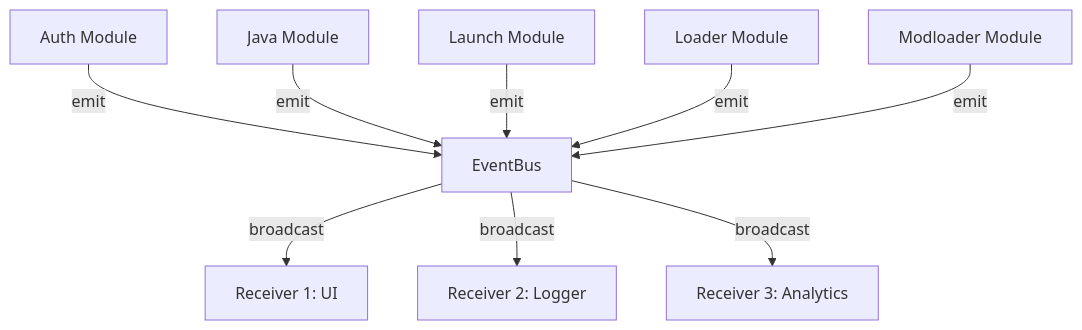
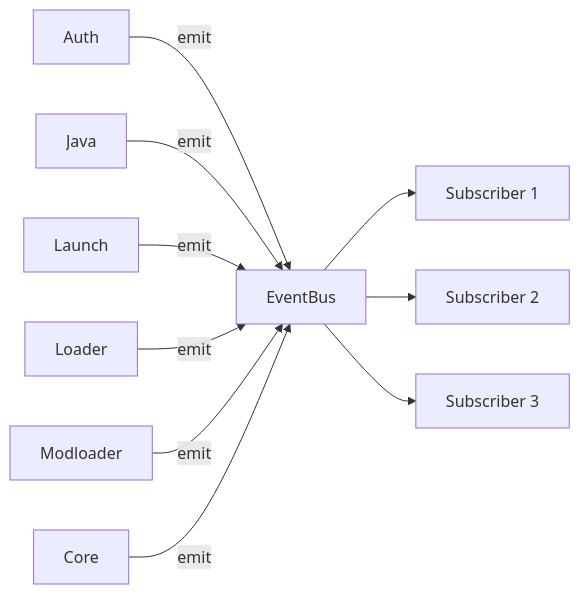
One commit to Lighty-Launcher/LightyLauncherLib changed the diagram in crates/event/docs/architecture.md. Above: the diagram before and after it, drawn with Mermaid. The commit also changed other lines of this file and 74 other files, not shown here.

````diff
--- a/crates/event/docs/architecture.md
+++ b/crates/event/docs/architecture.md
@@ -5,12 +7,13 @@
 ```mermaid
-flowchart TD
-    E[Auth Module] -->|emit| A[EventBus]
-    F[Java Module] -->|emit| A
-    G[Launch Module] -->|emit| A
-    H[Loader Module] -->|emit| A
-    I[Modloader Module] -->|emit| A
+flowchart LR
+    AUTH[Auth]    -->|emit| BUS[EventBus]
+    JAVA[Java]    -->|emit| BUS
+    LAUNCH[Launch] -->|emit| BUS
+    LOADER[Loader] -->|emit| BUS
+    MOD[Modloader] -->|emit| BUS
+    CORE[Core]    -->|emit| BUS
 
-    A -->|broadcast| B[Receiver 1: UI]
-    A -->|broadcast| C[Receiver 2: Logger]
-    A -->|broadcast| D[Receiver 3: Analytics]
+    BUS --> S1[Subscriber 1]
+    BUS --> S2[Subscriber 2]
+    BUS --> S3[Subscriber 3]
 ```
````
